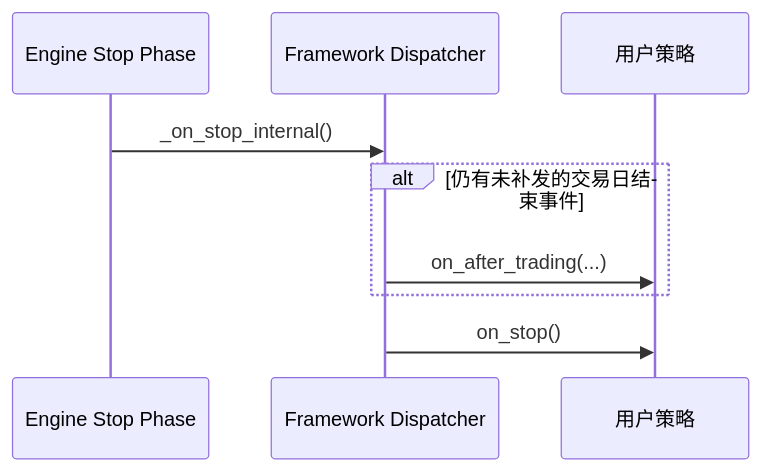
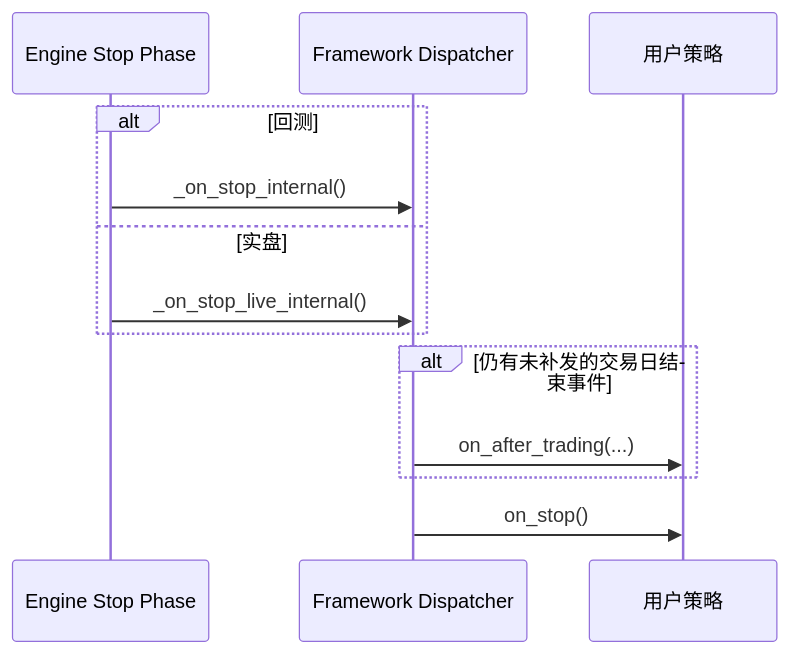
One commit to akfamily/akquant changed the second of 2 diagrams in docs/zh/guide/strategy.md. Above: the diagram before and after it, drawn with Mermaid. The commit also changed other lines of this file and 2 other files, not shown here.

Commit message:
docs(live): 说明实盘与回测的策略收尾差异

````diff
--- a/docs/zh/guide/strategy.md
+++ b/docs/zh/guide/strategy.md
@@ -126,12 +128,16 @@
 ```mermaid
 sequenceDiagram
     participant Engine as Engine Stop Phase
     participant FW as Framework Dispatcher
     participant Strategy as 用户策略
 
-    Engine->>FW: _on_stop_internal()
+    alt 回测
+        Engine->>FW: _on_stop_internal()
+    else 实盘
+        Engine->>FW: _on_stop_live_internal()
+    end
     alt 仍有未补发的交易日结束事件
         FW->>Strategy: on_after_trading(...)
     end
     FW->>Strategy: on_stop()
 ```
````
